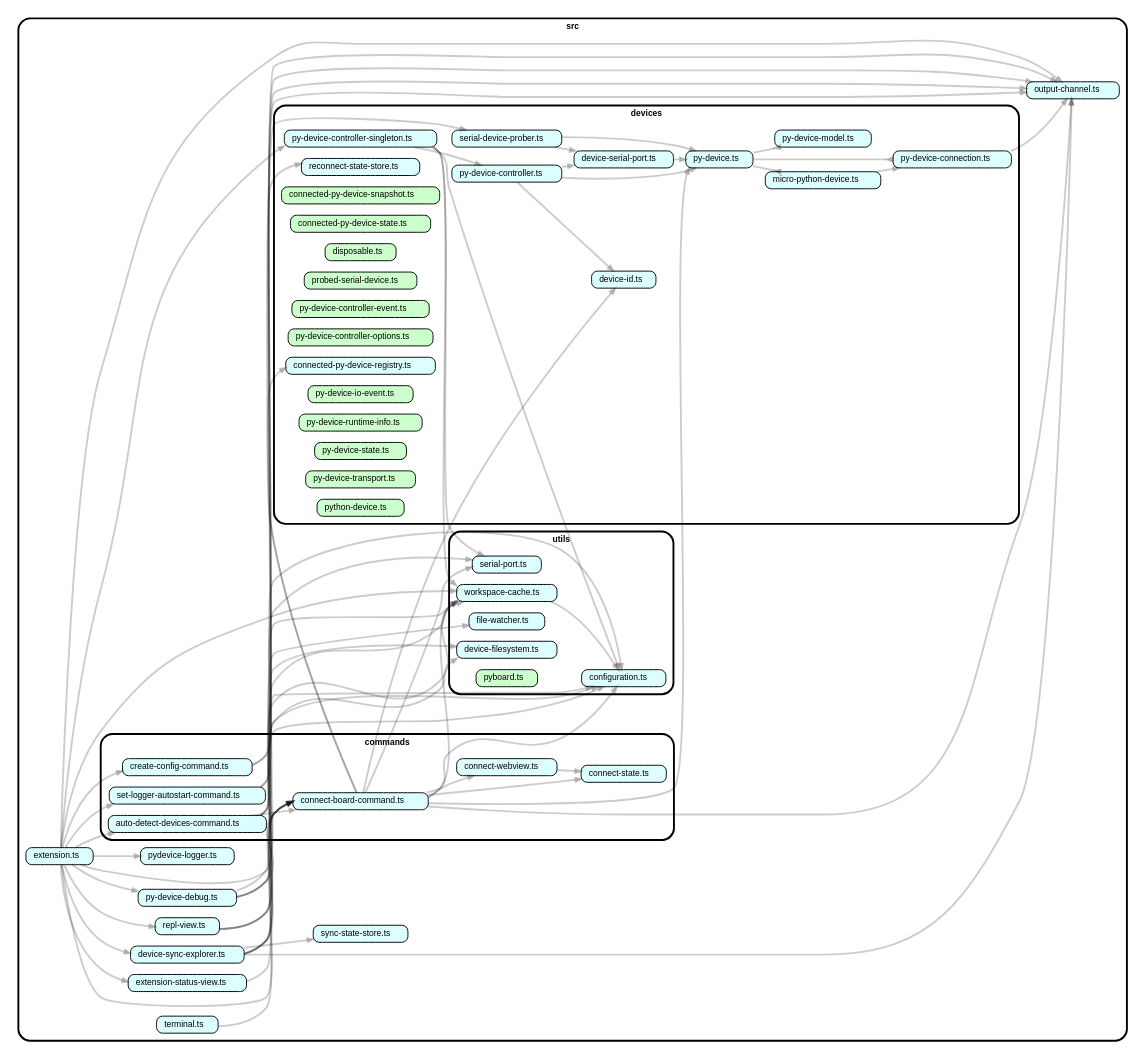
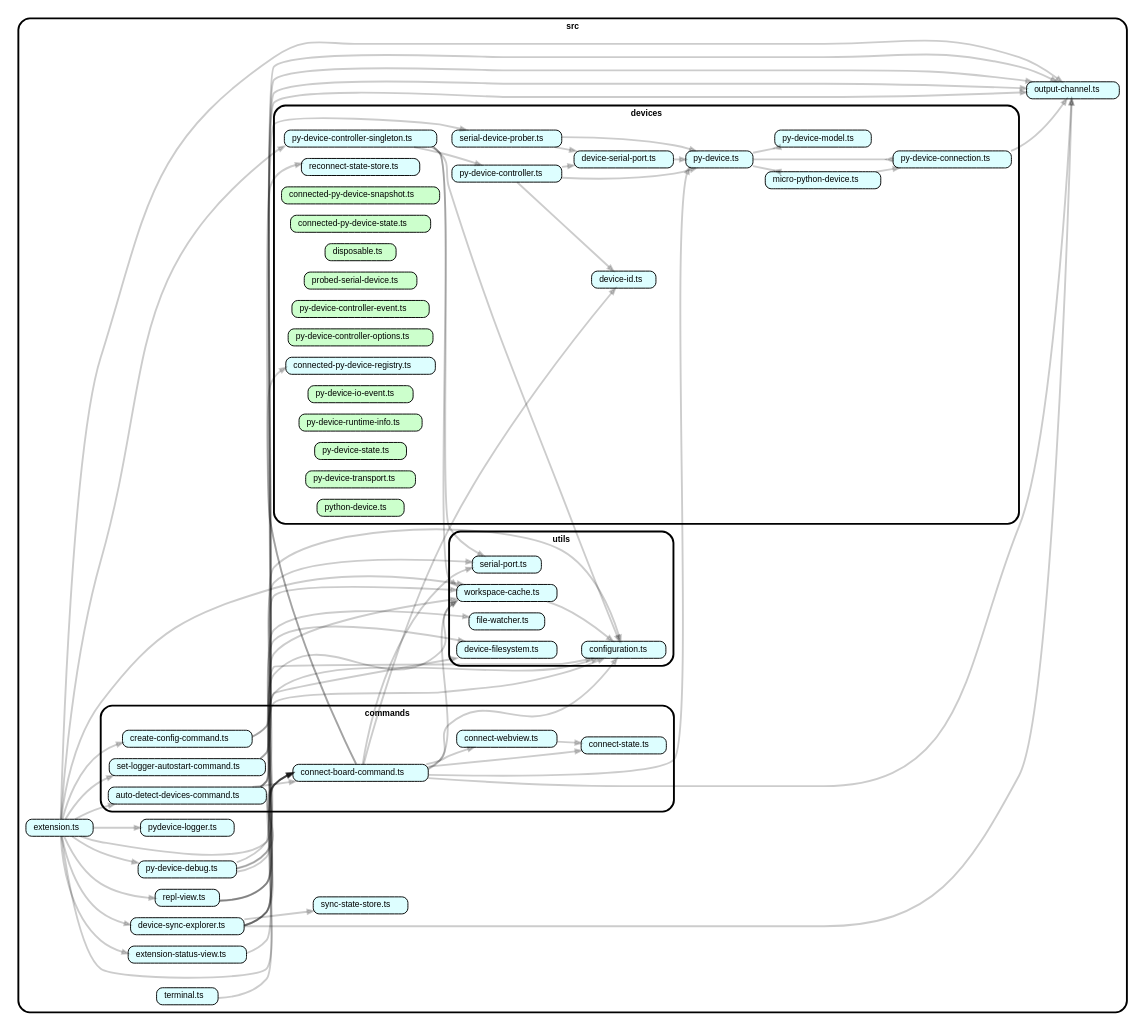
Before and after one commit to mekatrol/micropython-filemanager: the diagram in pyboard-extension/pyboarddev/docs/architecture/deps.dot, drawn with Graphviz. The commit also changed 2 other files, not shown here.

```diff
--- a/pyboard-extension/pyboarddev/docs/architecture/deps.dot
+++ b/pyboard-extension/pyboarddev/docs/architecture/deps.dot
@@ -105,7 +105,6 @@
     subgraph "cluster_src" {label="src" subgraph "cluster_src/utils" {label="utils" "src/utils/configuration.ts" [label=<configuration.ts> tooltip="configuration.ts" URL="src/utils/configuration.ts" fillcolor="#ddfeff"] } }
     subgraph "cluster_src" {label="src" subgraph "cluster_src/utils" {label="utils" "src/utils/device-filesystem.ts" [label=<device-filesystem.ts> tooltip="device-filesystem.ts" URL="src/utils/device-filesystem.ts" fillcolor="#ddfeff"] } }
     subgraph "cluster_src" {label="src" subgraph "cluster_src/utils" {label="utils" "src/utils/file-watcher.ts" [label=<file-watcher.ts> tooltip="file-watcher.ts" URL="src/utils/file-watcher.ts" fillcolor="#ddfeff"] } }
-    subgraph "cluster_src" {label="src" subgraph "cluster_src/utils" {label="utils" "src/utils/pyboard.ts" [label=<pyboard.ts> tooltip="pyboard.ts" URL="src/utils/pyboard.ts" fillcolor="#ccffcc"] } }
     subgraph "cluster_src" {label="src" subgraph "cluster_src/utils" {label="utils" "src/utils/serial-port.ts" [label=<serial-port.ts> tooltip="serial-port.ts" URL="src/utils/serial-port.ts" fillcolor="#ddfeff"] } }
     subgraph "cluster_src" {label="src" subgraph "cluster_src/utils" {label="utils" "src/utils/workspace-cache.ts" [label=<workspace-cache.ts> tooltip="workspace-cache.ts" URL="src/utils/workspace-cache.ts" fillcolor="#ddfeff"] } }
     "src/utils/workspace-cache.ts" -> "src/utils/configuration.ts"
```
